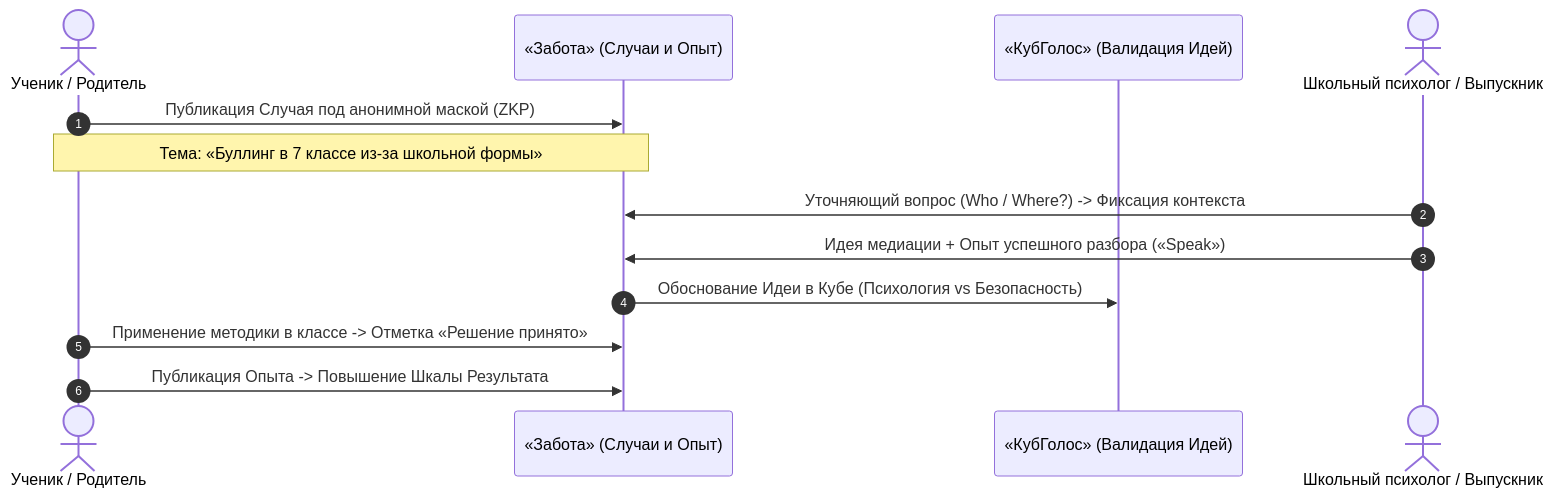
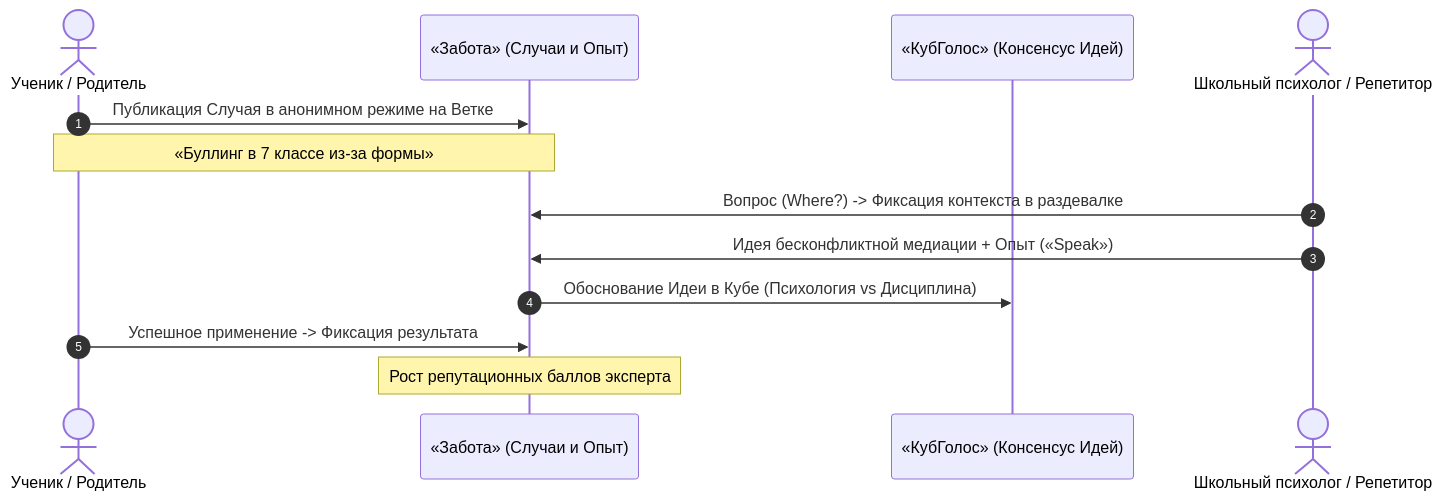
One commit to Data-Independence-Network/presentations changed the third of 4 diagrams in shared_docs/whitepapers/applications/sapoto/Sapoto_Ecosystem_Impact_Guide.md. Above: the diagram before and after it, drawn with Mermaid. The commit also changed other lines of this file and 9 other files, not shown here.

````diff
--- a/shared_docs/whitepapers/applications/sapoto/Sapoto_Ecosystem_Impact_Guide.md
+++ b/shared_docs/whitepapers/applications/sapoto/Sapoto_Ecosystem_Impact_Guide.md
@@ -105,16 +134,16 @@
 ```mermaid
 sequenceDiagram
     autonumber
     actor Pupil as Ученик / Родитель
     participant Sapoto as «Забота» (Случаи и Опыт)
-    participant VC as «КубГолос» (Валидация Идей)
-    actor Expert as Школьный психолог / Выпускник
+    participant VC as «КубГолос» (Консенсус Идей)
+    actor Expert as Школьный психолог / Репетитор
 
-    Pupil->>Sapoto: Публикация Случая под анонимной маской (ZKP)
-    Note over Pupil,Sapoto: Тема: «Буллинг в 7 классе из-за школьной формы»
-    Expert->>Sapoto: Уточняющий вопрос (Who / Where?) -> Фиксация контекста
-    Expert->>Sapoto: Идея медиации + Опыт успешного разбора («Speak»)
-    Sapoto->>VC: Обоснование Идеи в Кубе (Психология vs Безопасность)
-    Pupil->>Sapoto: Применение методики в классе -> Отметка «Решение принято»
-    Pupil->>Sapoto: Публикация Опыта -> Повышение Шкалы Результата
+    Pupil->>Sapoto: Публикация Случая в анонимном режиме на Ветке
+    Note over Pupil,Sapoto: «Буллинг в 7 классе из-за формы»
+    Expert->>Sapoto: Вопрос (Where?) -> Фиксация контекста в раздевалке
+    Expert->>Sapoto: Идея бесконфликтной медиации + Опыт («Speak»)
+    Sapoto->>VC: Обоснование Идеи в Кубе (Психология vs Дисциплина)
+    Pupil->>Sapoto: Успешное применение -> Фиксация результата
+    Note over Sapoto: Рост репутационных баллов эксперта
 ```
````
